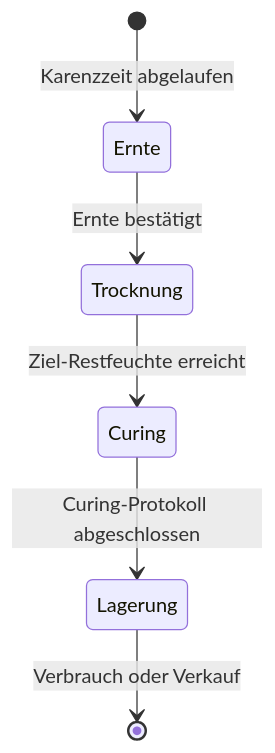
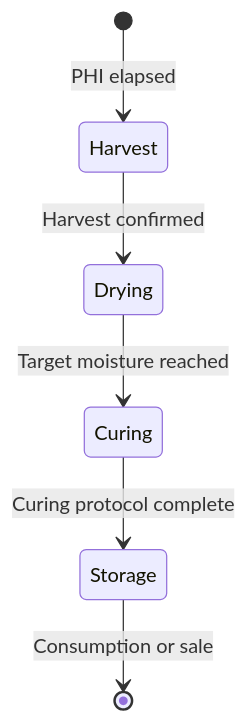
Before and after one commit to nolte/kamerplanter: the diagram in docs/de/guides/post-harvest.md, drawn with Mermaid. The commit also changed other lines of this file and 44 other files, not shown here.

First line of the commit message:
docs: make all Mermaid diagrams spec-compliant (repo-wide sweep)

````diff
--- a/docs/de/guides/post-harvest.md
+++ b/docs/de/guides/post-harvest.md
@@ -37,8 +38,8 @@
 ```mermaid
 stateDiagram-v2
-    [*] --> Ernte: Karenzzeit abgelaufen
-    Ernte --> Trocknung: Ernte bestätigt
-    Trocknung --> Curing: Ziel-Restfeuchte erreicht
-    Curing --> Lagerung: Curing-Protokoll abgeschlossen
-    Lagerung --> [*]: Verbrauch oder Verkauf
+    [*] --> Harvest: PHI elapsed
+    Harvest --> Drying: Harvest confirmed
+    Drying --> Curing: Target moisture reached
+    Curing --> Storage: Curing protocol complete
+    Storage --> [*]: Consumption or sale
 ```
````
